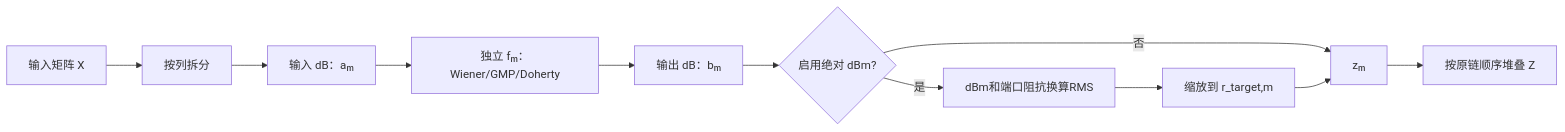
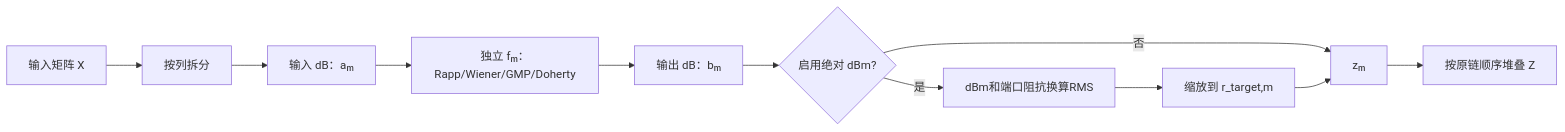
One commit to niyilu45/DPD_ILC changed the sixth of 9 diagrams in doc/PaModel.md. Above: the diagram before and after it, drawn with Mermaid. The commit also changed other lines of this file and 29 other files, not shown here.

````diff
--- a/doc/PaModel.md
+++ b/doc/PaModel.md
@@ -1140,13 +1329,13 @@
 ```mermaid
 flowchart LR
     matrix["输入矩阵 X"] --> split["按列拆分"]
     split --> in0["输入 dB：aₘ"]
-    in0 --> pa0["独立 fₘ：Wiener/GMP/Doherty"]
+    in0 --> pa0["独立 fₘ：Rapp/Wiener/GMP/Doherty"]
     pa0 --> out0["输出 dB：bₘ"]
     out0 --> target{"启用绝对 dBm?"}
     target -->|否| column["zₘ"]
     target -->|是| convert["dBm和端口阻抗换算RMS"]
     convert --> normalize["缩放到 r_target,m"]
     normalize --> column
     column --> stack["按原链顺序堆叠 Z"]
 ```
````
